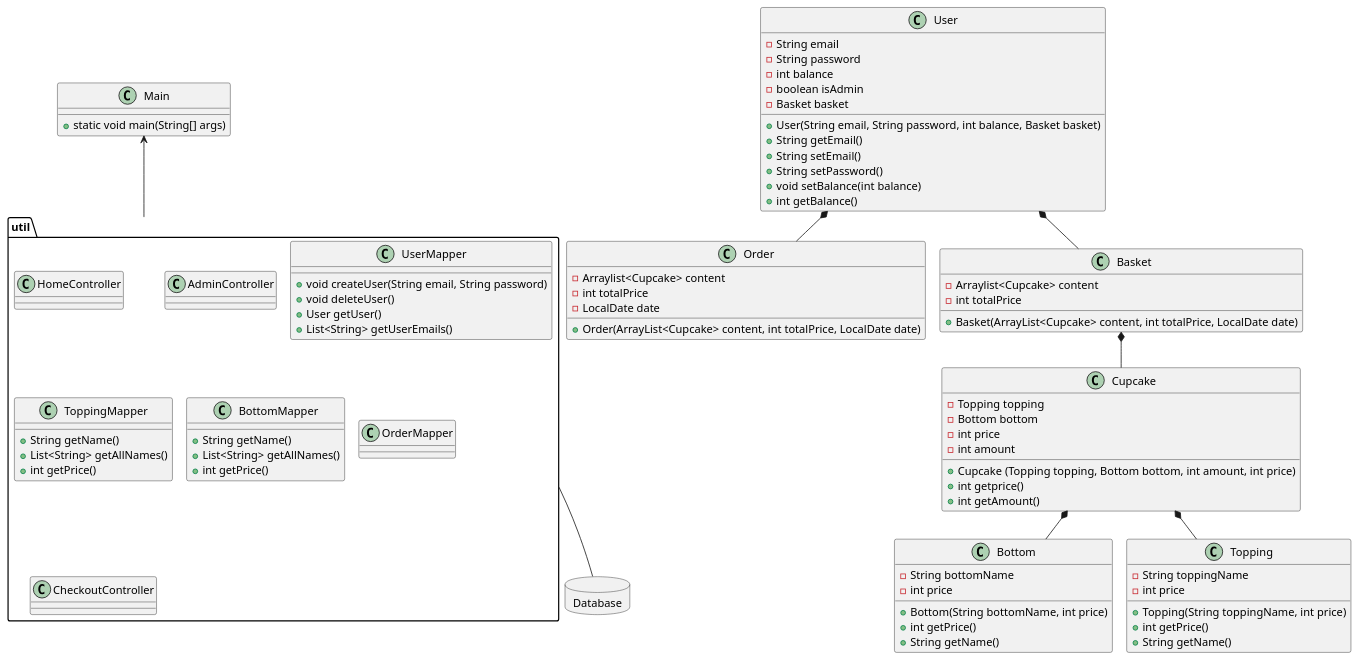
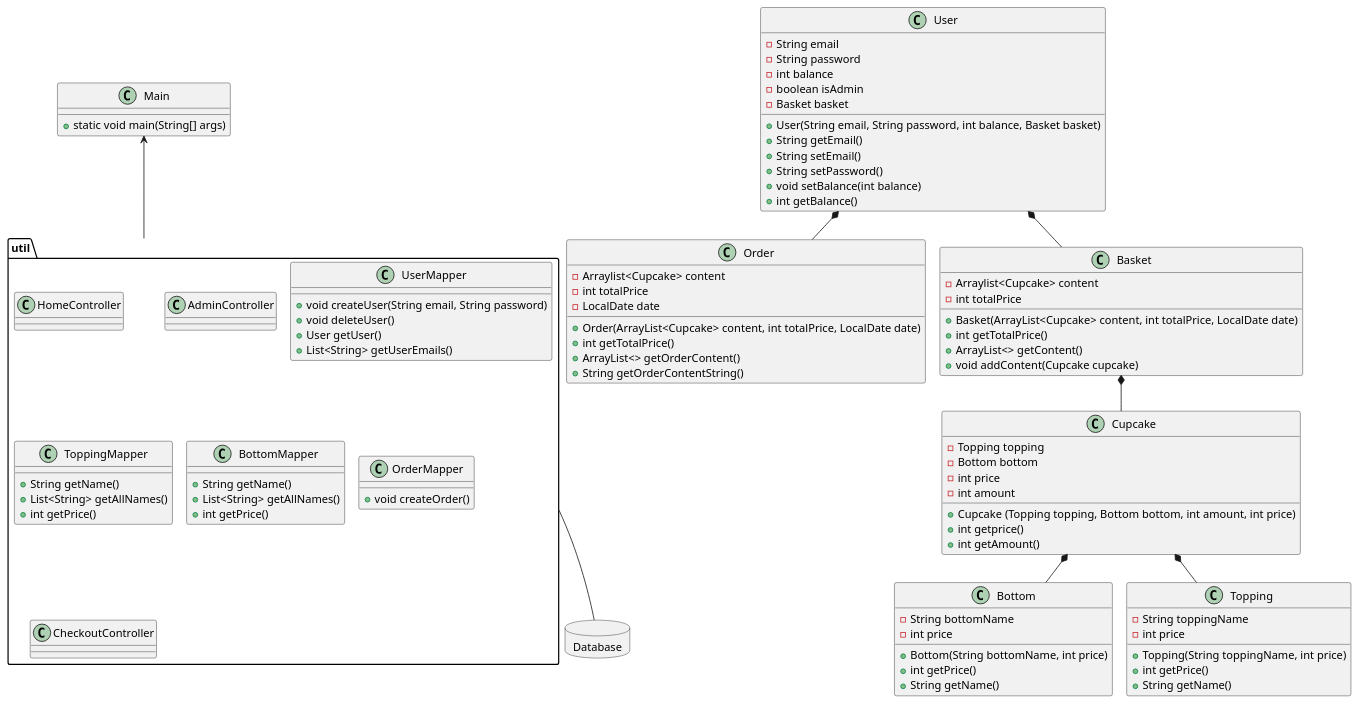
Before and after one commit to ThorSchou/Cupcake: the diagram in doc/classDiagram.puml, drawn with PlantUML. The commit also changed 4 other files, not shown here.

```diff
--- a/doc/classDiagram.puml
+++ b/doc/classDiagram.puml
@@ -1,107 +1,114 @@
 @startuml
 
 !pragma layout smetana
 
 class Main{
    +static void main(String[] args)
 }
 
 database Database{
 }
 
 class Cupcake{
 -Topping topping
 -Bottom bottom
 -int price
 -int amount
 +Cupcake (Topping topping, Bottom bottom, int amount, int price)
 +int getprice()
 +int getAmount()
 }
 
 class Bottom{
 -String bottomName
 -int price
 +Bottom(String bottomName, int price)
 +int getPrice()
 +String getName()
 }
 
 class Topping{
 -String toppingName
 -int price
 +Topping(String toppingName, int price)
 +int getPrice()
 +String getName()
 }
 
 class User{
 -String email
 -String password
 -int balance
 -boolean isAdmin
 -Basket basket
 +User(String email, String password, int balance, Basket basket)
 +String getEmail()
 +String setEmail()
 +String setPassword()
 +void setBalance(int balance)
 +int getBalance()
 }
 
 class Order{
 -Arraylist<Cupcake> content
 -int totalPrice
 -LocalDate date
 +Order(ArrayList<Cupcake> content, int totalPrice, LocalDate date)
++ int getTotalPrice()
++ ArrayList<> getOrderContent()
++ String getOrderContentString()
 }
 
 class Basket{
 -Arraylist<Cupcake> content
 -int totalPrice
 +Basket(ArrayList<Cupcake> content, int totalPrice, LocalDate date)
++ int getTotalPrice()
++ ArrayList<> getContent()
++ void addContent(Cupcake cupcake)
 }
 
 package "util"{
 class HomeController{
 
 }
 class AdminController{
 
 }
 class UserMapper{
 + void createUser(String email, String password)
 + void deleteUser()
 + User getUser()
 + List<String> getUserEmails()
 }
 class ToppingMapper{
 + String getName()
 + List<String> getAllNames()
 + int getPrice()
 }
 class BottomMapper{
 + String getName()
 + List<String> getAllNames()
 + int getPrice()
 }
 class OrderMapper{
++ void createOrder()
 
 }
 class HomeController{
 
 }
 class CheckoutController{
 }
 }
 
 Cupcake *-- Bottom
 Cupcake *-- Topping
 Basket *-- Cupcake
 User *-- Basket
 User *-- Order
 util --- Database
 Main <-- util
 
 
 @enduml
```
